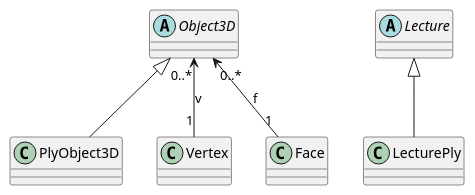
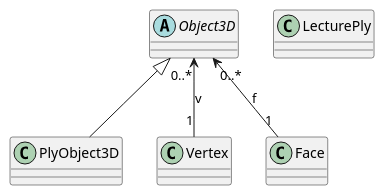
The diagram in Documents/Diagrammes/ClasseIteration1.puml (SerrierMatheo/Visualisation-ZBuffer), drawn with PlantUML before and after one commit. The commit also changed 26 other files, not shown here.

```diff
--- a/Documents/Diagrammes/ClasseIteration1.puml
+++ b/Documents/Diagrammes/ClasseIteration1.puml
@@ -1,16 +1,14 @@
 @startuml
 'https://plantuml.com/class-diagram
 
 abstract class Object3D
 class PlyObject3D
 class Vertex
 class Face
-abstract class Lecture
 class LecturePly
 
 Object3D <|-- PlyObject3D
 Object3D "0..*"<--"1" Vertex : v
 Object3D "0..*"<--"1" Face : f
-Lecture <|-- LecturePly
 
 @enduml
```
